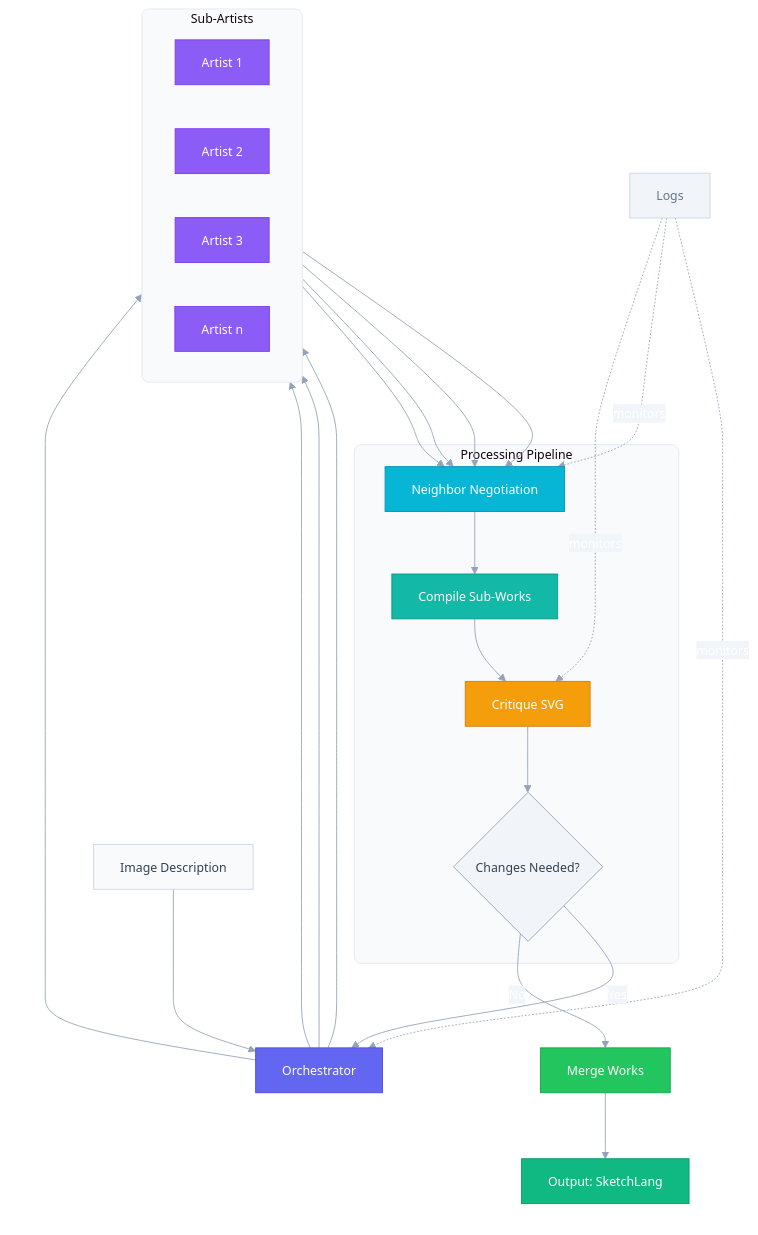
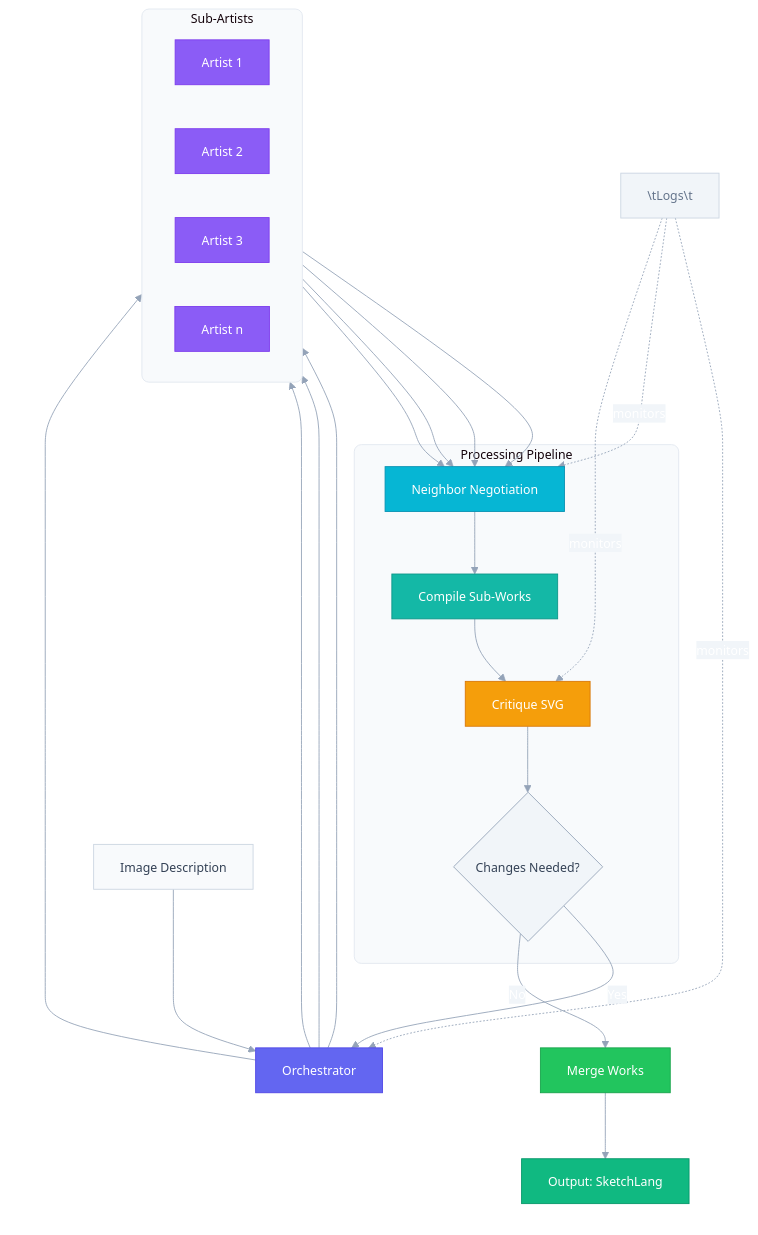
One commit to TheMaslowsDilemma/sketchthis-studio changed the diagram in README.md. Above: the diagram before and after it, drawn with Mermaid.

````diff
--- a/README.md
+++ b/README.md
@@ -20,82 +20,82 @@
 ```mermaid
 %%{init: {
   'theme': 'base',
   'themeVariables': {
     'fontSize': '14px',
     'fontFamily': 'Inter, sans-serif',
     'primaryColor': '#6366f1',
     'primaryTextColor': '#ffffff',
     'primaryBorderColor': '#4f46e5',
     'secondaryColor': '#f1f5f9',
     'secondaryTextColor': '#334155',
     'tertiaryColor': '#ecfdf5',
     'lineColor': '#94a3b8',
     'textColor': '#334155'
   }
 }}%%
 
 flowchart TB
     subgraph input [" "]
         A[Image Description]
     end
 
     subgraph orchestration [" "]
         B[Orchestrator]
     end
 
     subgraph artists ["  Sub-Artists  "]
         direction LR
         C1[Artist 1]
         C2[Artist 2]
         C3[Artist 3]
         Cn[Artist n]
     end
 
     subgraph processing ["  Processing Pipeline  "]
         D["  Neighbor Negotiation  "]
         E["  Compile Sub-Works  "]
         F["  Critique SVG   "]
         G{"  Changes Needed?  "}
     end
 
     subgraph output [" "]
         H["  Merge Works  "]
         I["  Output: SketchLang  "]
     end
 
-    J[Logs]
+    J["\tLogs\t"]
 
     A --> B
     B --> C1 & C2 & C3 & Cn
     C1 & C2 & C3 & Cn --> D
     D --> E
     E --> F
     F --> G
     G -->|Yes| B
     G -->|No| H
     H --> I
 
     J -.->|monitors| B
     J -.->|monitors| D
     J -.->|monitors| F
 
     style A fill:#f8fafc,stroke:#cbd5e1,color:#334155
     style B fill:#6366f1,stroke:#4f46e5,color:#ffffff
     style C1 fill:#8b5cf6,stroke:#7c3aed,color:#ffffff
     style C2 fill:#8b5cf6,stroke:#7c3aed,color:#ffffff
     style C3 fill:#8b5cf6,stroke:#7c3aed,color:#ffffff
     style Cn fill:#8b5cf6,stroke:#7c3aed,color:#ffffff
     style D fill:#06b6d4,stroke:#0891b2,color:#ffffff
     style E fill:#14b8a6,stroke:#0d9488,color:#ffffff
     style F fill:#f59e0b,stroke:#d97706,color:#ffffff
     style G fill:#f1f5f9,stroke:#94a3b8,color:#334155
     style H fill:#22c55e,stroke:#16a34a,color:#ffffff
     style I fill:#10b981,stroke:#059669,color:#ffffff
     style J fill:#f1f5f9,stroke:#cbd5e1,color:#64748b
 
     style input fill:transparent,stroke:transparent
     style orchestration fill:transparent,stroke:transparent
     style artists fill:#f8fafc,stroke:#e2e8f0,stroke-width:1px,rx:8
     style processing fill:#f8fafc,stroke:#e2e8f0,stroke-width:1px,rx:8
     style output fill:transparent,stroke:transparent
 ```
````
